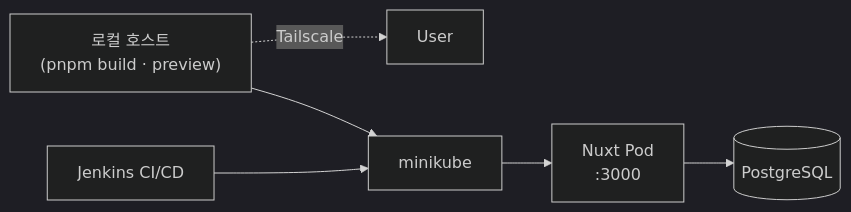
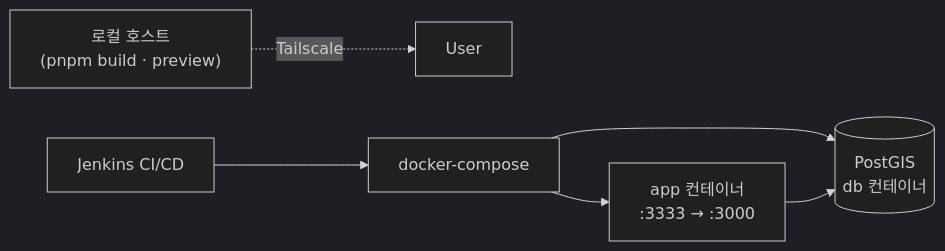
Before and after one commit to gomj-runnable/runnable2.0: the diagram in docs/wiki/7-Operations.md, drawn with Mermaid (dark theme). The commit also changed other lines of this file and 24 other files, not shown here.

First line of the commit message:
chore(infra): migrate minikube → docker-compose

````diff
--- a/docs/wiki/7-Operations.md
+++ b/docs/wiki/7-Operations.md
@@ -14,8 +14,8 @@
 ```mermaid
 flowchart LR
     Dev["로컬 호스트<br/>(pnpm build · preview)"] -. Tailscale .-> User
-    Dev --> Mini[minikube]
-    Jen[Jenkins CI/CD] --> Mini
-    Mini --> Pod[Nuxt Pod<br/>:3000]
-    Pod --> PG[(PostgreSQL)]
+    Jen[Jenkins CI/CD] --> Compose[docker-compose]
+    Compose --> App[app 컨테이너<br/>:3333 → :3000]
+    Compose --> PG[(PostGIS<br/>db 컨테이너)]
+    App --> PG
 ```
````
